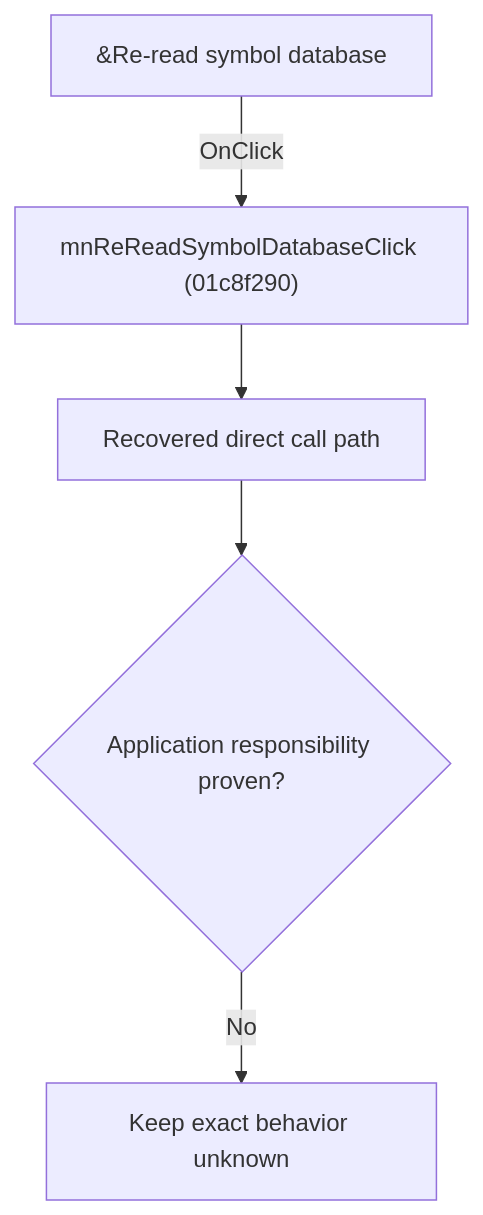
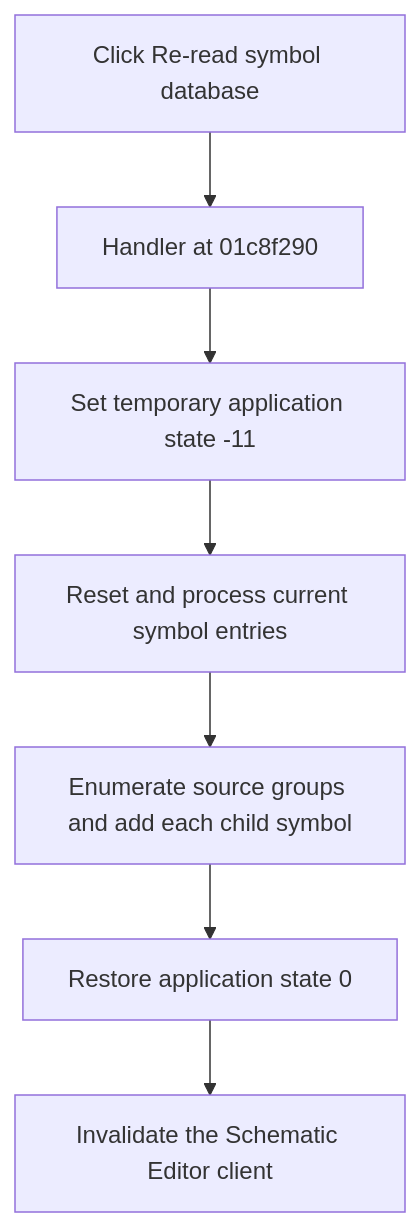
One commit to MovGP0/TIARA changed the diagram in docs/ui-controls/schematiceditor/mnrereadsymboldatabase-a558ced42b.md. Above: the diagram before and after it, drawn with Mermaid. The commit also changed other lines of this file and 241 other files, not shown here.

````diff
--- a/docs/ui-controls/schematiceditor/mnrereadsymboldatabase-a558ced42b.md
+++ b/docs/ui-controls/schematiceditor/mnrereadsymboldatabase-a558ced42b.md
@@ -27,7 +27,9 @@
 ```mermaid
 flowchart TD
-    control["&Re-read symbol database"] -->|"OnClick"| handler["mnReReadSymbolDatabaseClick (01c8f290)"]
-    handler --> recovered["Recovered direct call path"]
-    recovered --> gap{"Application responsibility proven?"}
-    gap -->|"No"| blocked["Keep exact behavior unknown"]
+    control["Click Re-read symbol database"] --> handler["Handler at 01c8f290"]
+    handler --> busy["Set temporary application state -11"]
+    busy --> reset["Reset and process current symbol entries"]
+    reset --> rebuild["Enumerate source groups and add each child symbol"]
+    rebuild --> ready["Restore application state 0"]
+    ready --> redraw["Invalidate the Schematic Editor client"]
 ```
````
